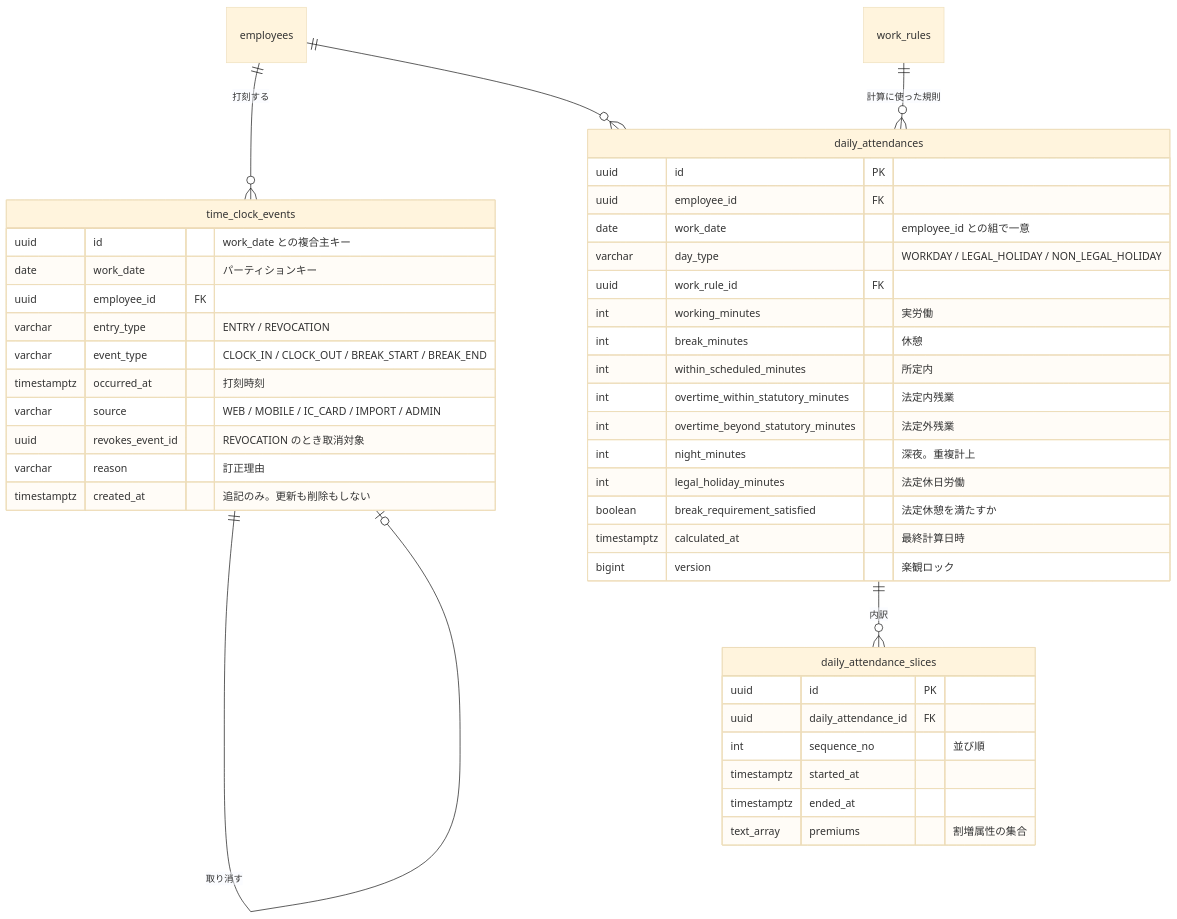
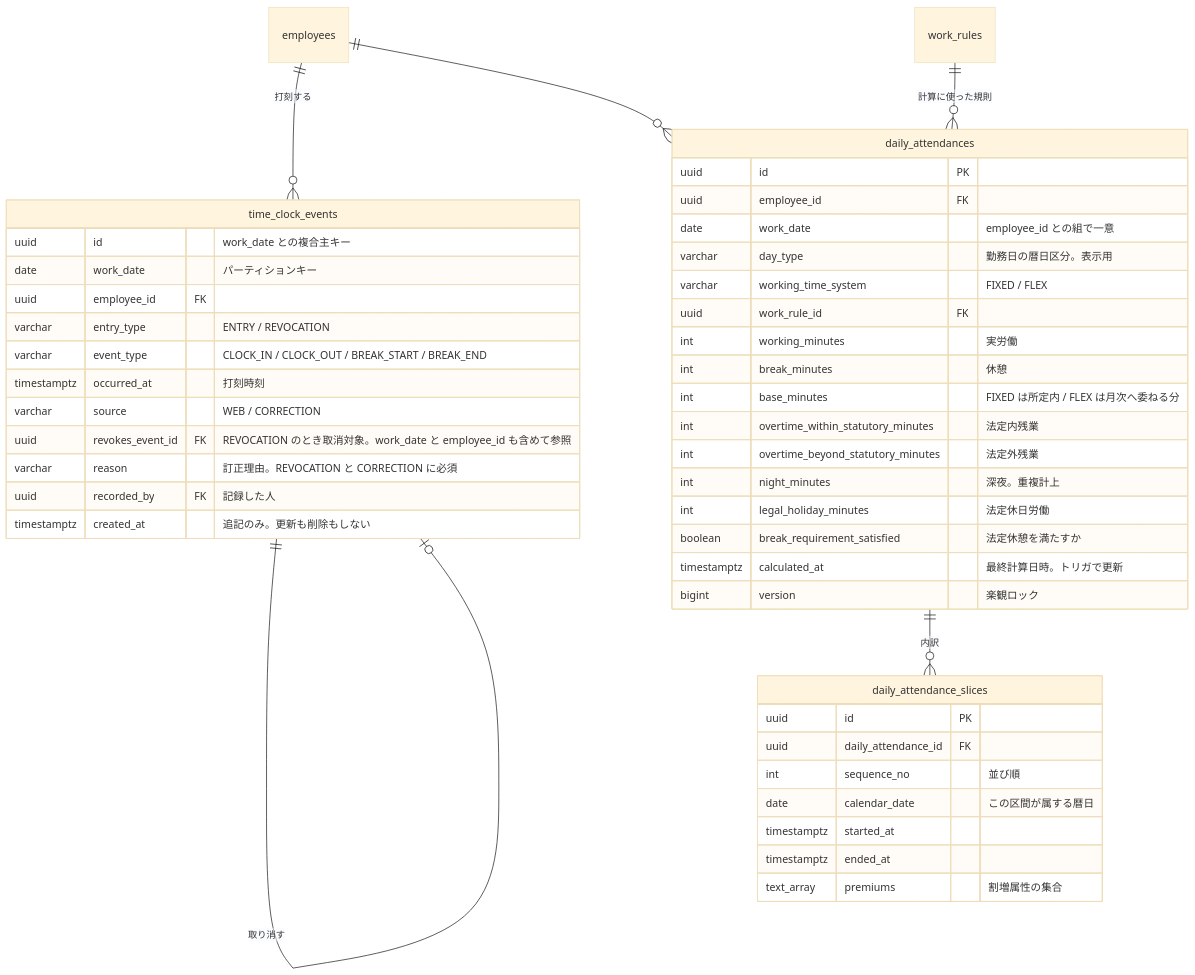
The diagram in doc/02_詳細設計/03_勤怠_打刻と日次集計/diagrams/ER図.mmd (masaki-i02/newJavaProject), drawn with Mermaid (base theme) before and after one commit. The commit also changed 17 other files, not shown here.

```diff
--- a/doc/02_詳細設計/03_勤怠_打刻と日次集計/diagrams/ER図.mmd
+++ b/doc/02_詳細設計/03_勤怠_打刻と日次集計/diagrams/ER図.mmd
@@ -1,44 +1,47 @@
 erDiagram
     employees ||--o{ time_clock_events : "打刻する"
     time_clock_events ||--o| time_clock_events : "取り消す"
     employees ||--o{ daily_attendances : ""
     work_rules ||--o{ daily_attendances : "計算に使った規則"
     daily_attendances ||--o{ daily_attendance_slices : "内訳"
 
     time_clock_events {
         uuid id "work_date との複合主キー"
         date work_date "パーティションキー"
         uuid employee_id FK
         varchar entry_type "ENTRY / REVOCATION"
         varchar event_type "CLOCK_IN / CLOCK_OUT / BREAK_START / BREAK_END"
         timestamptz occurred_at "打刻時刻"
-        varchar source "WEB / MOBILE / IC_CARD / IMPORT / ADMIN"
-        uuid revokes_event_id "REVOCATION のとき取消対象"
-        varchar reason "訂正理由"
+        varchar source "WEB / CORRECTION"
+        uuid revokes_event_id FK "REVOCATION のとき取消対象。work_date と employee_id も含めて参照"
+        varchar reason "訂正理由。REVOCATION と CORRECTION に必須"
+        uuid recorded_by FK "記録した人"
         timestamptz created_at "追記のみ。更新も削除もしない"
     }
     daily_attendances {
         uuid id PK
         uuid employee_id FK
         date work_date "employee_id との組で一意"
-        varchar day_type "WORKDAY / LEGAL_HOLIDAY / NON_LEGAL_HOLIDAY"
+        varchar day_type "勤務日の暦日区分。表示用"
+        varchar working_time_system "FIXED / FLEX"
         uuid work_rule_id FK
         int working_minutes "実労働"
         int break_minutes "休憩"
-        int within_scheduled_minutes "所定内"
+        int base_minutes "FIXED は所定内 / FLEX は月次へ委ねる分"
         int overtime_within_statutory_minutes "法定内残業"
         int overtime_beyond_statutory_minutes "法定外残業"
         int night_minutes "深夜。重複計上"
         int legal_holiday_minutes "法定休日労働"
         boolean break_requirement_satisfied "法定休憩を満たすか"
-        timestamptz calculated_at "最終計算日時"
+        timestamptz calculated_at "最終計算日時。トリガで更新"
         bigint version "楽観ロック"
     }
     daily_attendance_slices {
         uuid id PK
         uuid daily_attendance_id FK
         int sequence_no "並び順"
+        date calendar_date "この区間が属する暦日"
         timestamptz started_at
         timestamptz ended_at
         text_array premiums "割増属性の集合"
     }
```
